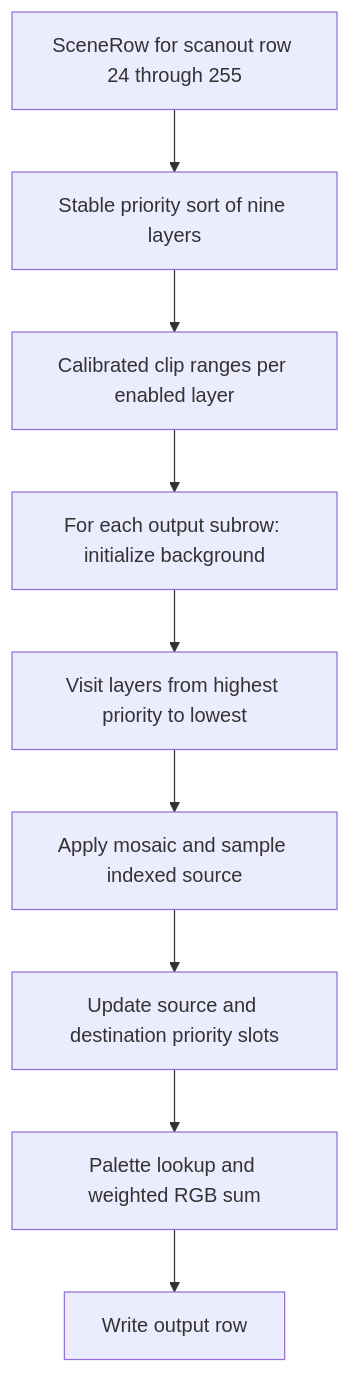
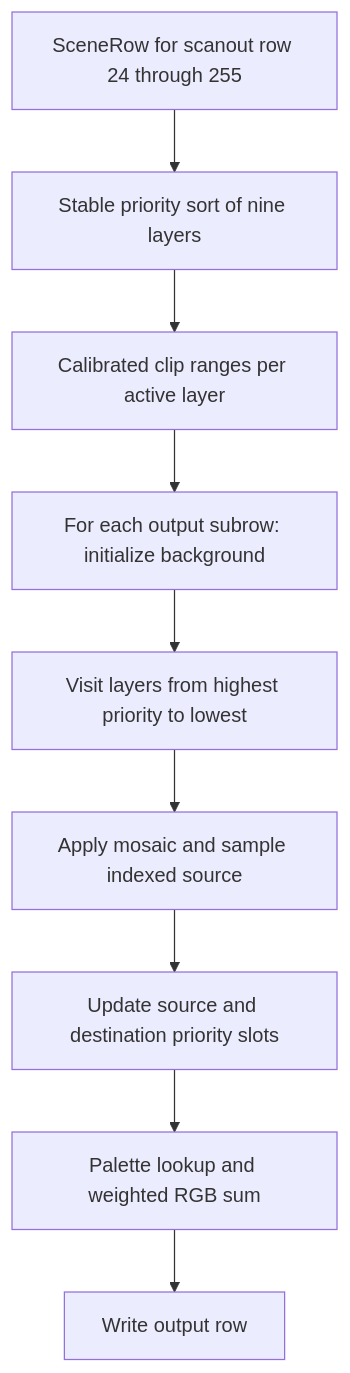
The diagram in docs/site/developer/runtime/video/compositor.md (ansxor/f3-recomp), drawn with Mermaid before and after one commit. The commit also changed other lines of this file and 114 other files, not shown here.

````diff
--- a/docs/site/developer/runtime/video/compositor.md
+++ b/docs/site/developer/runtime/video/compositor.md
@@ -34,11 +52,11 @@
 ```mermaid
 flowchart TD
     R["SceneRow for scanout row 24 through 255"] --> O["Stable priority sort of nine layers"]
-    O --> CL["Calibrated clip ranges per enabled layer"]
+    O --> CL["Calibrated clip ranges per active layer"]
     CL --> S["For each output subrow: initialize background"]
     S --> L["Visit layers from highest priority to lowest"]
     L --> M["Apply mosaic and sample indexed source"]
     M --> P["Update source and destination priority slots"]
     P --> RGB["Palette lookup and weighted RGB sum"]
     RGB --> OUT["Write output row"]
 ```
````
